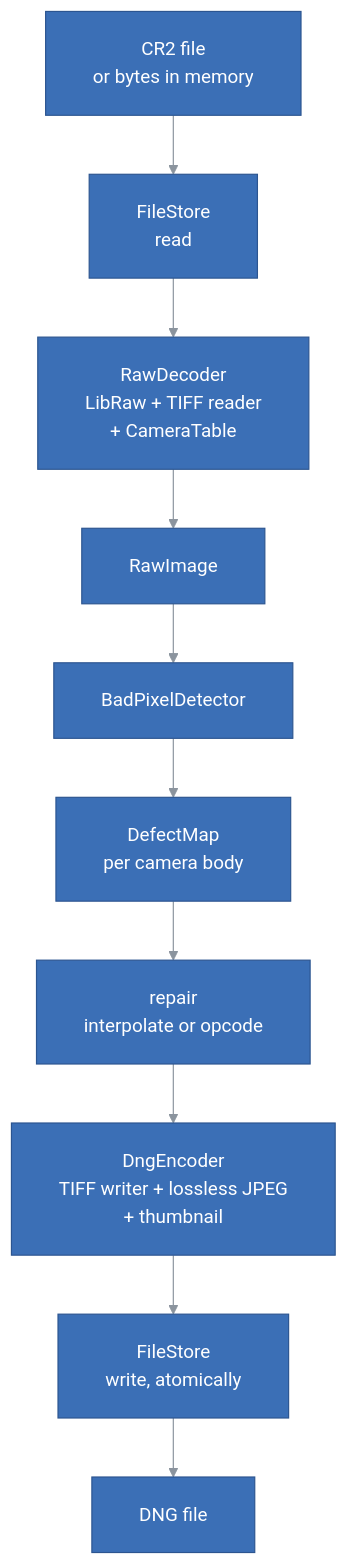
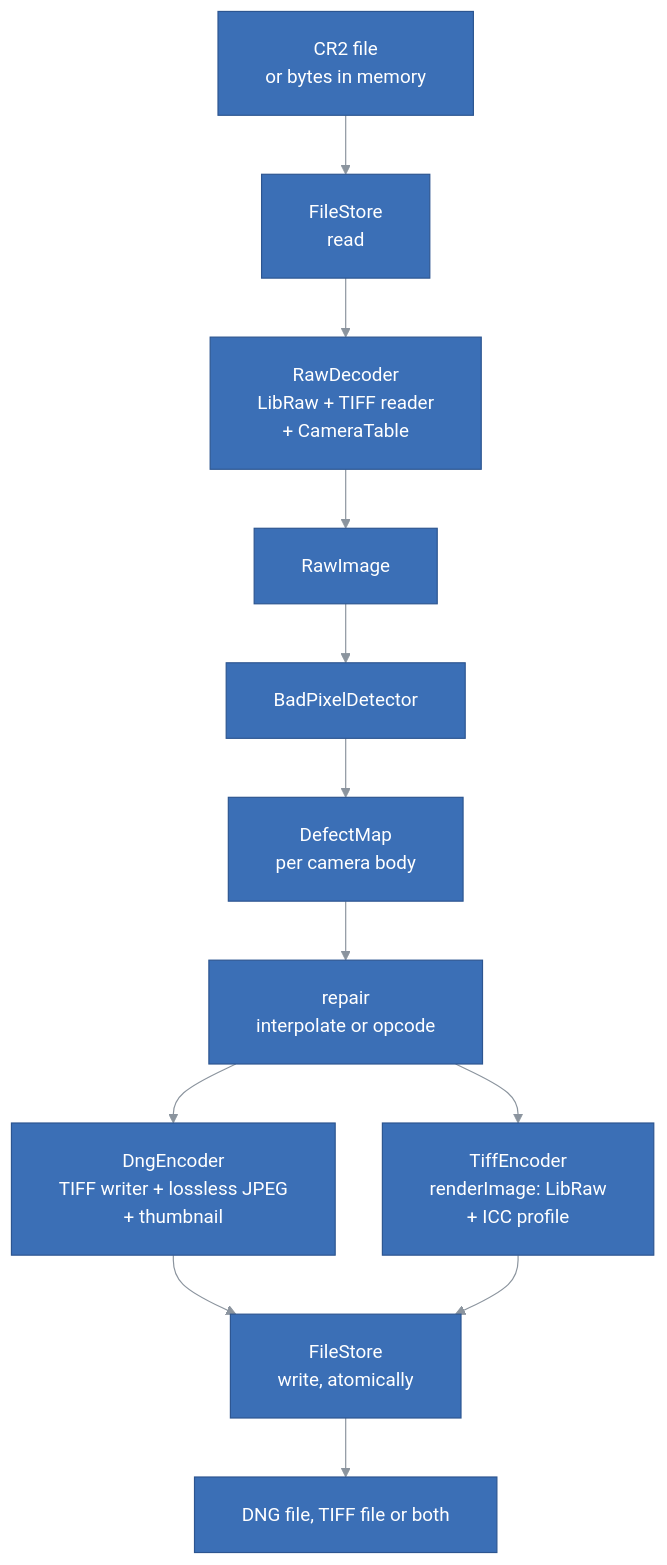
The first of 3 diagrams in docs/ARCHITECTURE.md (kineticsystem/raw-converter), drawn with Mermaid before and after one commit. The commit also changed other lines of this file and 27 other files, not shown here.

First line of the commit message:
Write linear 16-bit TIFF files, besides or instead of the DNG

````diff
--- a/docs/ARCHITECTURE.md
+++ b/docs/ARCHITECTURE.md
@@ -46,68 +50,70 @@
 ```mermaid
 ---
 config:
   theme: base
   themeCSS: ".edgeLabel p { padding: 4px 10px; }"
   flowchart:
     padding: 20
     nodeSpacing: 40
     rankSpacing: 50
   class:
     padding: 16
   sequence:
     boxMargin: 12
     boxTextMargin: 8
     noteMargin: 28
     messageMargin: 40
     actorMargin: 60
     labelBoxWidth: 56
     labelBoxHeight: 28
   themeVariables:
     primaryColor: "#3b6fb6"
     primaryTextColor: "#ffffff"
     primaryBorderColor: "#2c5590"
     lineColor: "#8b949e"
     textColor: "#4d86d6"
     actorBkg: "#3b6fb6"
     actorBorder: "#2c5590"
     actorTextColor: "#ffffff"
     actorLineColor: "#8b949e"
     signalColor: "#8b949e"
     signalTextColor: "#4d86d6"
     noteBkgColor: "#3b6fb6"
     noteTextColor: "#ffffff"
     noteBorderColor: "#2c5590"
     secondaryColor: "#3b6fb6"
     tertiaryColor: "#3b6fb6"
     clusterBkg: "transparent"
     clusterBorder: "#8b949e"
     titleColor: "#4d86d6"
     edgeLabelBackground: "#3b6fb6"
     classText: "#ffffff"
     labelBoxBkgColor: "#3b6fb6"
     labelBoxBorderColor: "#2c5590"
     labelTextColor: "#ffffff"
     loopTextColor: "#4d86d6"
     mainBkg: "#3b6fb6"
     nodeBorder: "#2c5590"
     nodeTextColor: "#ffffff"
     secondaryBorderColor: "#2c5590"
     secondaryTextColor: "#ffffff"
     tertiaryBorderColor: "#2c5590"
     tertiaryTextColor: "#ffffff"
     errorBkgColor: "#3b6fb6"
     errorTextColor: "#ffffff"
 ---
 flowchart TB
     In["CR2 file<br/>or bytes in memory"] --> Read["FileStore<br/>read"]
     Read --> Decode["RawDecoder<br/>LibRaw + TIFF reader<br/>+ CameraTable"]
     Decode --> Image["RawImage"]
     Image --> Detect["BadPixelDetector"]
     Detect --> Map["DefectMap<br/>per camera body"]
     Map --> Repair["repair<br/>interpolate or opcode"]
     Repair --> Encode["DngEncoder<br/>TIFF writer + lossless JPEG<br/>+ thumbnail"]
+    Repair --> Render["TiffEncoder<br/>renderImage: LibRaw<br/>+ ICC profile"]
     Encode --> Write["FileStore<br/>write, atomically"]
-    Write --> Out["DNG file"]
+    Render --> Write
+    Write --> Out["DNG file, TIFF file or both"]
 
     classDef default fill:#3b6fb6,stroke:#2c5590,color:#ffffff
 ```
````
